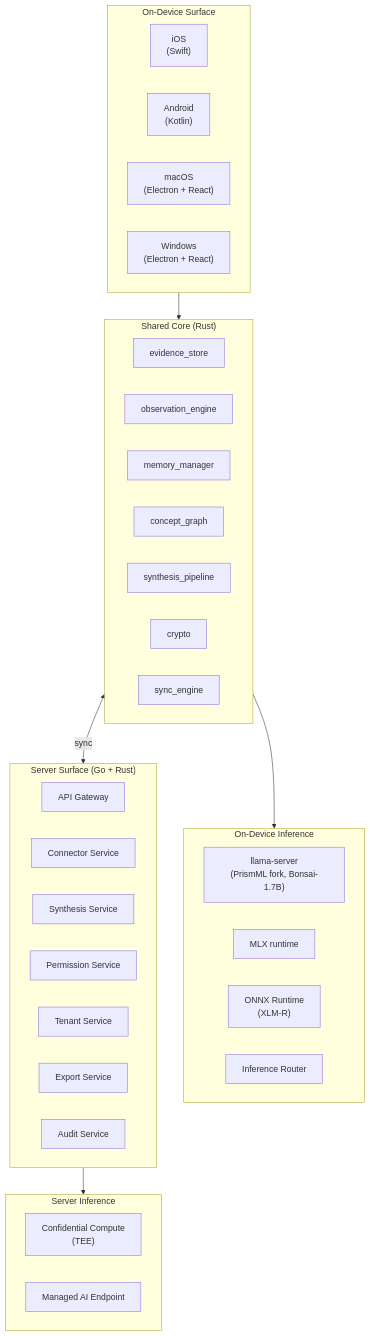
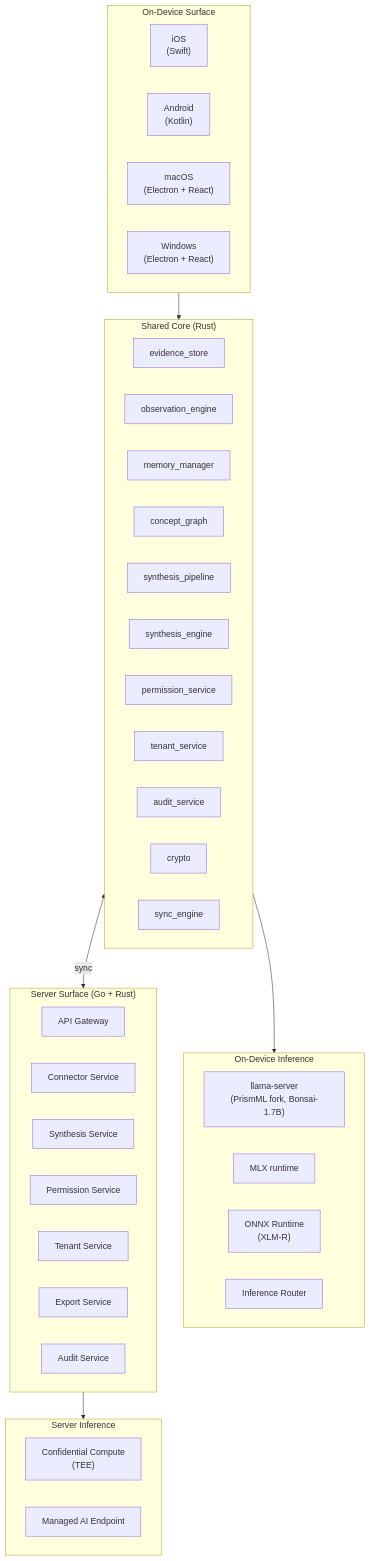
One commit to kennguy3n/knowledge changed the first of 4 diagrams in ARCHITECTURE.md. Above: the diagram before and after it, drawn with Mermaid. The commit also changed other lines of this file and 47 other files, not shown here.

Commit message:
Phase 3 — Domain & Tenant Memory: permission/tenant/synthesis/audit services + hierarchy enforcement + concept graph persistence

````diff
--- a/ARCHITECTURE.md
+++ b/ARCHITECTURE.md
@@ -49,41 +53,45 @@
 ```mermaid
 flowchart TB
     subgraph Device["On-Device Surface"]
         UI_iOS["iOS\n(Swift)"]
         UI_AND["Android\n(Kotlin)"]
         UI_MAC["macOS\n(Electron + React)"]
         UI_WIN["Windows\n(Electron + React)"]
     end
     subgraph Core["Shared Core (Rust)"]
         ES["evidence_store"]
         OE["observation_engine"]
         MM["memory_manager"]
         CG["concept_graph"]
         SP["synthesis_pipeline"]
+        SY["synthesis_engine"]
+        PSV["permission_service"]
+        TSV["tenant_service"]
+        AUS["audit_service"]
         CR["crypto"]
         SE["sync_engine"]
     end
     subgraph Inf["On-Device Inference"]
         LS["llama-server\n(PrismML fork, Bonsai-1.7B)"]
         MLX["MLX runtime"]
         ORT["ONNX Runtime\n(XLM-R)"]
         IR["Inference Router"]
     end
     subgraph Server["Server Surface (Go + Rust)"]
         GW["API Gateway"]
         CS["Connector Service"]
         SS["Synthesis Service"]
         PS["Permission Service"]
         TS["Tenant Service"]
         XS["Export Service"]
         AS["Audit Service"]
     end
     subgraph SInf["Server Inference"]
         TEE["Confidential Compute\n(TEE)"]
         MAI["Managed AI Endpoint"]
     end
     Device --> Core
     Core --> Inf
     Core <-->|sync| Server
     Server --> SInf
 ```
````
